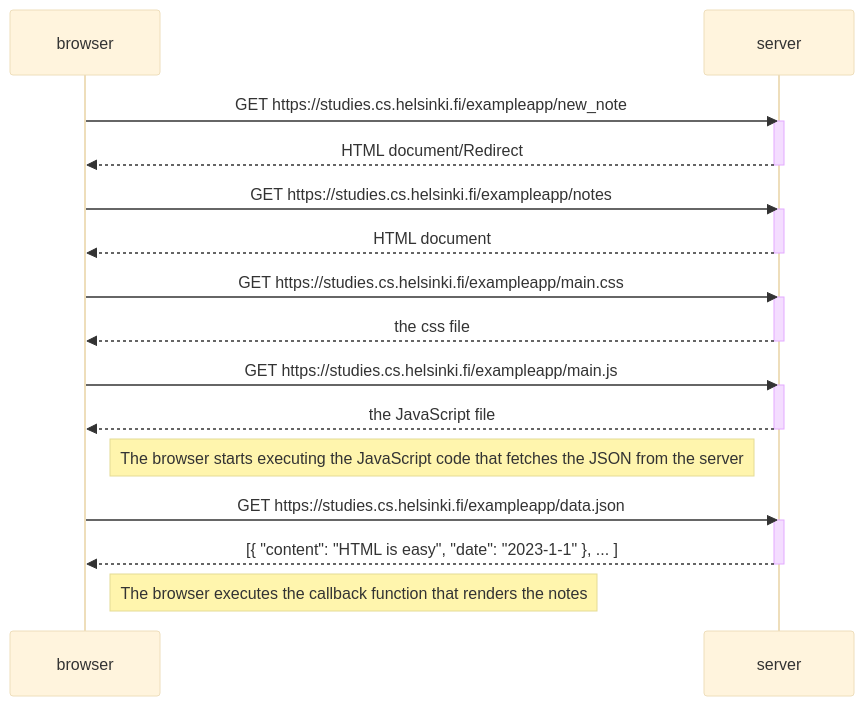
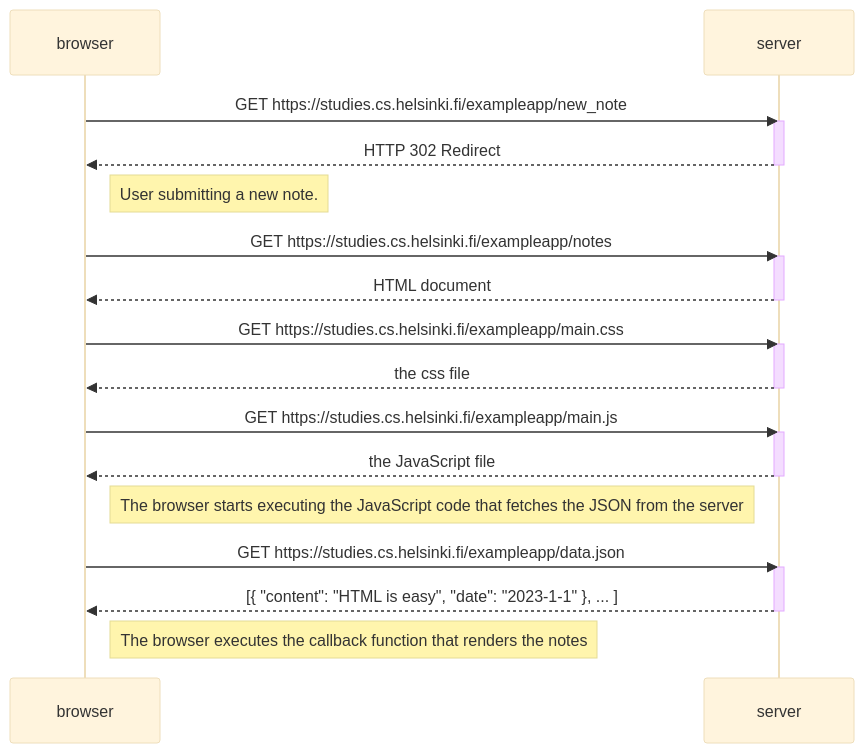
Before and after one commit to ferieddr/fullstackopen: the diagram in part0/0.4-New_note_diagram.md, drawn with Mermaid (base theme). The commit also changed other lines of this file, not shown here.

Commit message:
Added new note in diagram 04

````diff
--- a/part0/0.4-New_note_diagram.md
+++ b/part0/0.4-New_note_diagram.md
@@ -3,34 +3,36 @@
 ```mermaid
 sequenceDiagram
     participant browser
     participant server
 
     browser->>server: GET https://studies.cs.helsinki.fi/exampleapp/new_note
     activate server
-    server-->>browser: HTML document/Redirect
+    server-->>browser: HTTP 302 Redirect
     deactivate server
+
+    Note right of browser: User submitting a new note.
 
     browser->>server: GET https://studies.cs.helsinki.fi/exampleapp/notes
     activate server
     server-->>browser: HTML document
     deactivate server
 
     browser->>server: GET https://studies.cs.helsinki.fi/exampleapp/main.css
     activate server
     server-->>browser: the css file
     deactivate server
 
     browser->>server: GET https://studies.cs.helsinki.fi/exampleapp/main.js
     activate server
     server-->>browser: the JavaScript file
     deactivate server
 
     Note right of browser: The browser starts executing the JavaScript code that fetches the JSON from the server
 
     browser->>server: GET https://studies.cs.helsinki.fi/exampleapp/data.json
     activate server
     server-->>browser: [{ "content": "HTML is easy", "date": "2023-1-1" }, ... ]
     deactivate server
 
     Note right of browser: The browser executes the callback function that renders the notes
 ```
````
